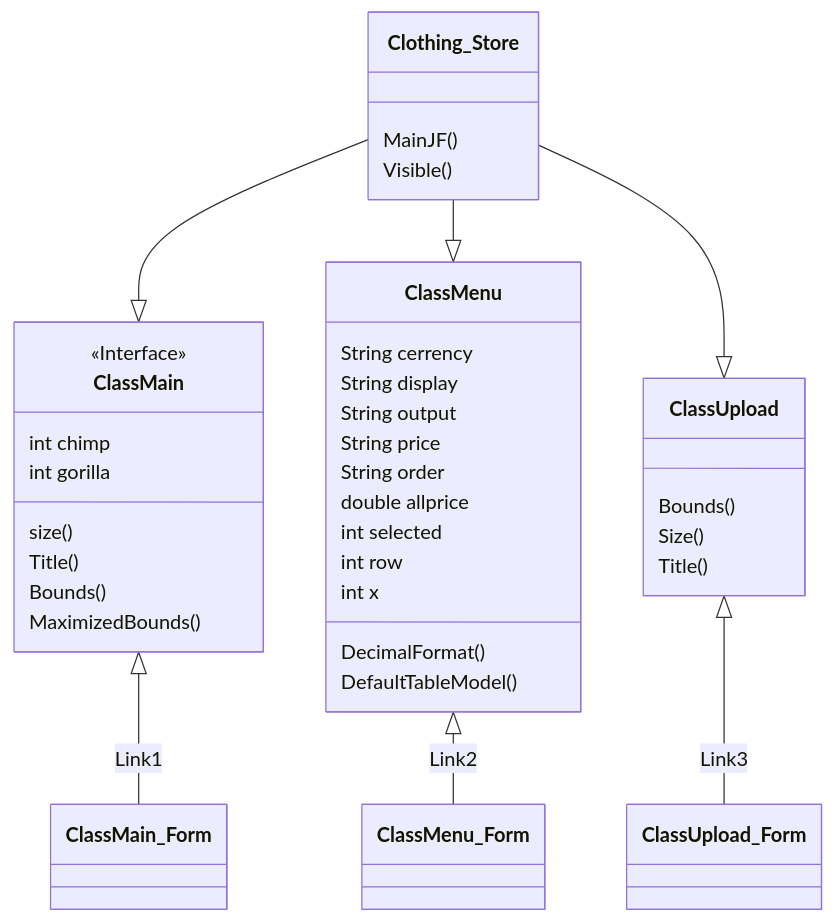
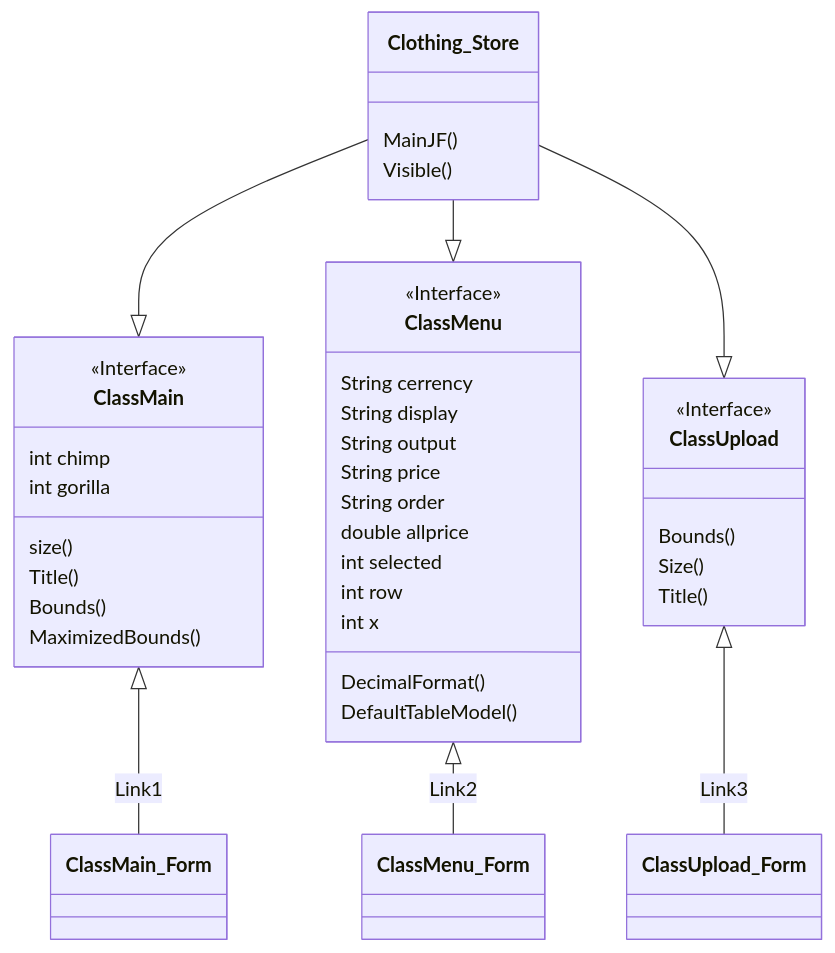
Before and after one commit to kawin101/Java_GUI_CRUD_CSV: the third of 3 diagrams in README.md, drawn with Mermaid.

````diff
--- a/README.md
+++ b/README.md
@@ -33,33 +33,35 @@
 ```mermaid
 classDiagram
 ClassMain <|-- ClassMain_Form : Link1
 ClassMenu <|-- ClassMenu_Form : Link2
 ClassUpload <|-- ClassUpload_Form : Link3
 <<Interface>> ClassMain
 Clothing_Store --|> ClassMain
 Clothing_Store --|> ClassMenu
 Clothing_Store --|> ClassUpload
 Clothing_Store : MainJF()
 Clothing_Store : Visible()
 ClassMain : size()
 ClassMain : Title()
 ClassMain : Bounds()
 ClassMain : MaximizedBounds()
 ClassMain : int chimp
 ClassMain : int gorilla
+<<Interface>> ClassMenu
 ClassMenu : String cerrency
 ClassMenu : String display
 ClassMenu : String output
 ClassMenu : String price
 ClassMenu : String order
 ClassMenu : DecimalFormat()
 ClassMenu : double allprice
 ClassMenu : int selected
 ClassMenu : int row
 ClassMenu : int x
 ClassMenu : DefaultTableModel()
+<<Interface>> ClassUpload
 ClassUpload : Bounds()
 ClassUpload : Size()
 ClassUpload : Title()
 
 ```
````
